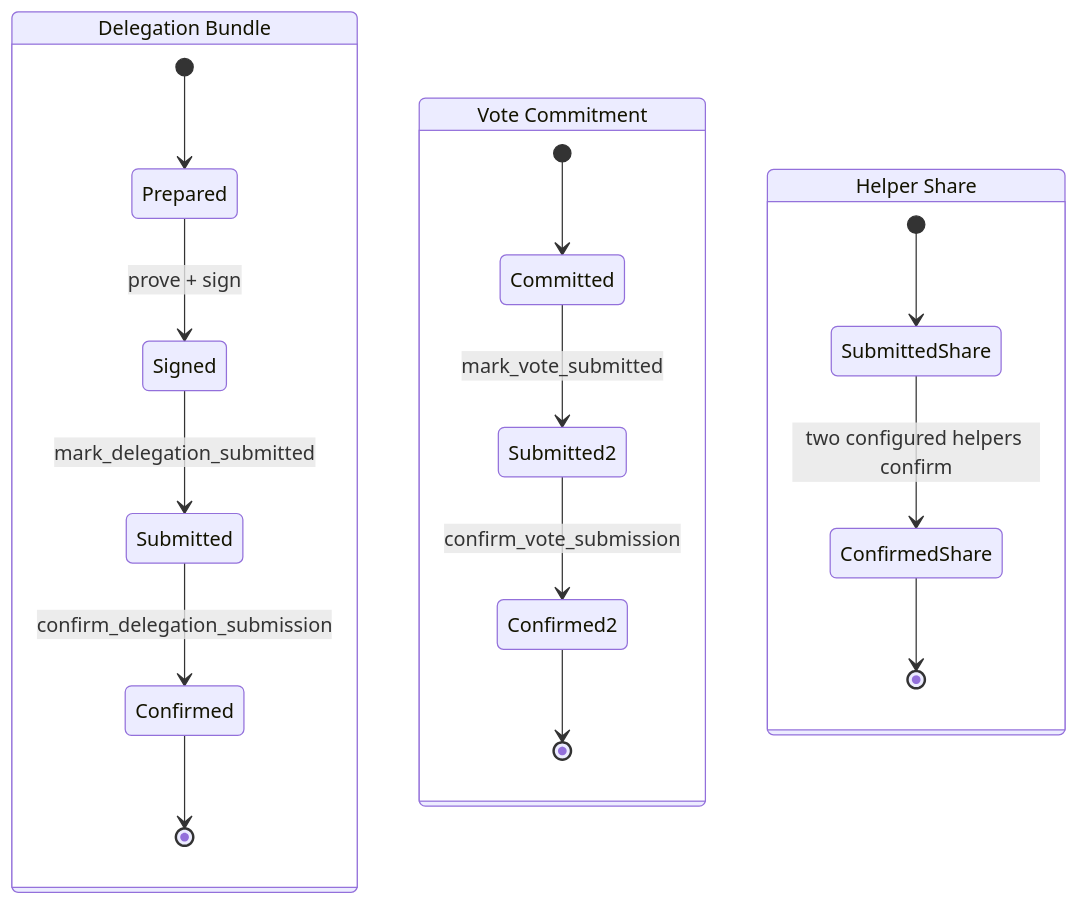
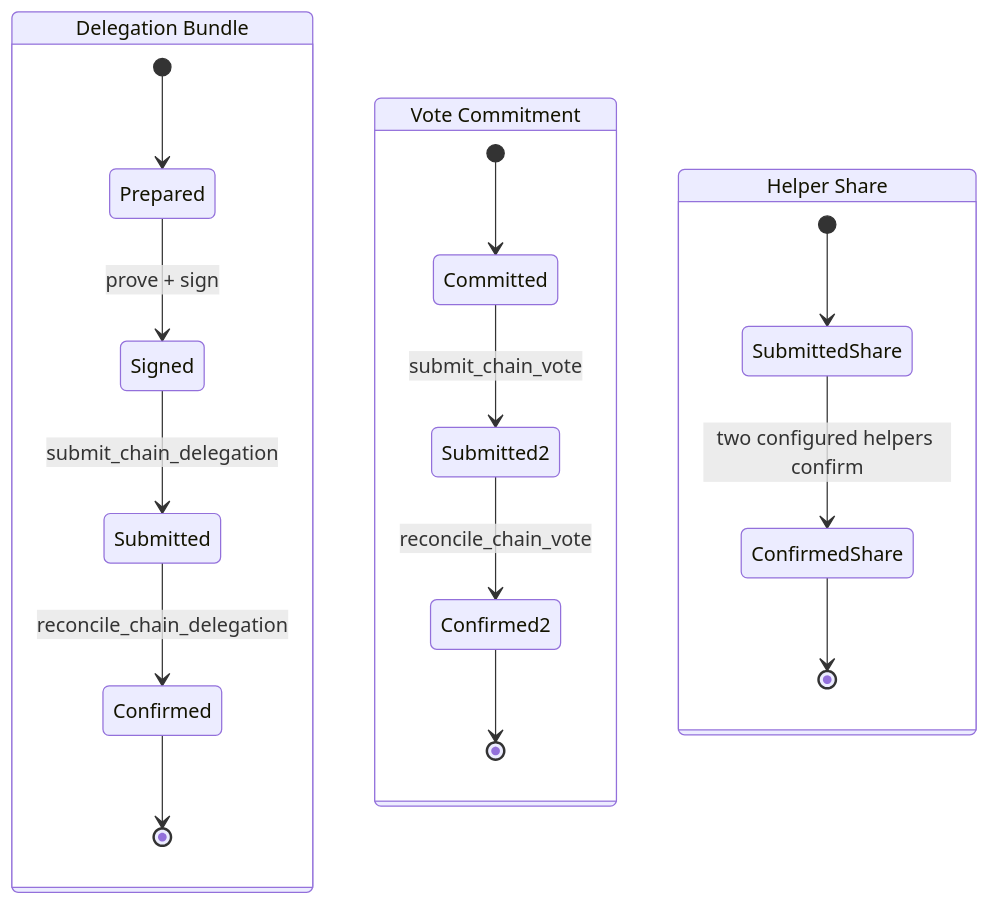
One commit to chainapsis/vizor-wallet changed the diagram in rust/src/wallet/voting/README.md. Above: the diagram before and after it, drawn with Mermaid. The commit also changed other lines of this file and 15 other files, not shown here.

Commit message:
Use SDK-owned vote chain submission

````diff
--- a/rust/src/wallet/voting/README.md
+++ b/rust/src/wallet/voting/README.md
@@ -125,21 +132,21 @@
 ```mermaid
 stateDiagram-v2
     state "Delegation Bundle" as Delegation {
         [*] --> Prepared
         Prepared --> Signed: prove + sign
-        Signed --> Submitted: mark_delegation_submitted
-        Submitted --> Confirmed: confirm_delegation_submission
+        Signed --> Submitted: submit_chain_delegation
+        Submitted --> Confirmed: reconcile_chain_delegation
         Confirmed --> [*]
     }
     state "Vote Commitment" as Vote {
         [*] --> Committed
-        Committed --> Submitted2: mark_vote_submitted
-        Submitted2 --> Confirmed2: confirm_vote_submission
+        Committed --> Submitted2: submit_chain_vote
+        Submitted2 --> Confirmed2: reconcile_chain_vote
         Confirmed2 --> [*]
     }
     state "Helper Share" as Share {
         [*] --> SubmittedShare
         SubmittedShare --> ConfirmedShare: two configured helpers confirm
         ConfirmedShare --> [*]
     }
 ```
````
